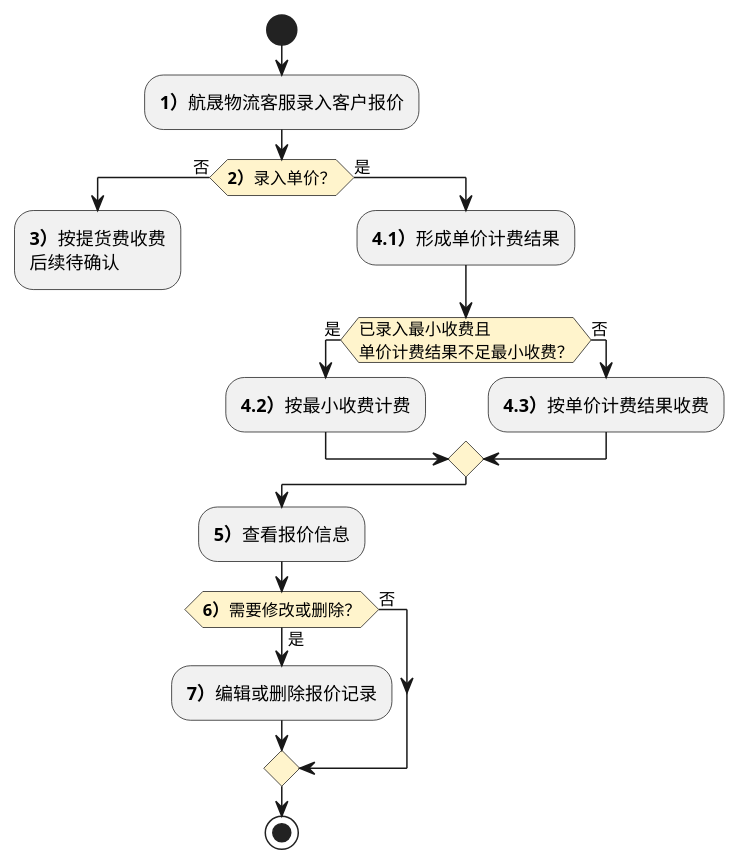
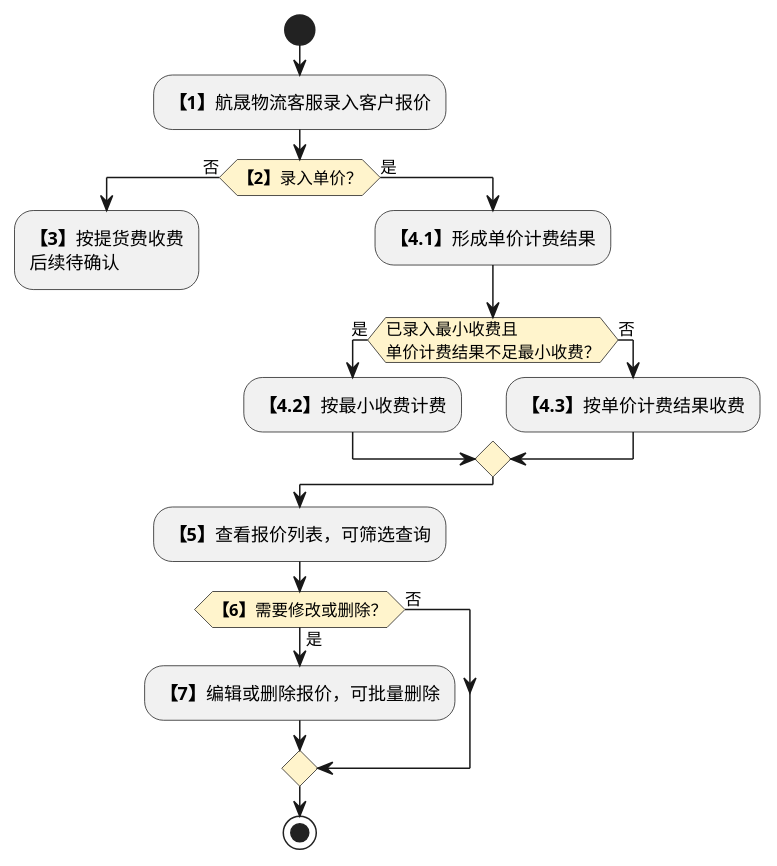
One commit to jack888332/projects-doc changed the second of 2 diagrams in product-caliber/goldjet/segmented-prd/PRD.高捷物流系统一期.第005篇.合作方报价-报价管理.92B1FD526A.md. Above: the diagram before and after it, drawn with PlantUML. The commit also changed other lines of this file and 12 other files, not shown here.

Commit message:
完善DSL图

````diff
--- a/product-caliber/goldjet/segmented-prd/PRD.高捷物流系统一期.第005篇.合作方报价-报价管理.92B1FD526A.md
+++ b/product-caliber/goldjet/segmented-prd/PRD.高捷物流系统一期.第005篇.合作方报价-报价管理.92B1FD526A.md
@@ -377,24 +382,24 @@
 ```plantuml
 @startuml goldjet-005-customer-quote-charging
 skinparam activityDiamondBackgroundColor #FFF4CC
 start
-:**1）**航晟物流客服录入客户报价;
-if (**2）**录入单价？) then (否)
-  :**3）**按提货费收费\n后续待确认;
+:**【1】**航晟物流客服录入客户报价;
+if (**【2】**录入单价？) then (否)
+  :**【3】**按提货费收费\n后续待确认;
   detach
 else (是)
-  :**4.1）**形成单价计费结果;
+  :**【4.1】**形成单价计费结果;
   if (已录入最小收费且\n单价计费结果不足最小收费？) then (是)
-    :**4.2）**按最小收费计费;
+    :**【4.2】**按最小收费计费;
   else (否)
-    :**4.3）**按单价计费结果收费;
+    :**【4.3】**按单价计费结果收费;
   endif
 endif
-:**5）**查看报价信息;
-if (**6）**需要修改或删除？) then (是)
-  :**7）**编辑或删除报价记录;
+:**【5】**查看报价列表，可筛选查询;
+if (**【6】**需要修改或删除？) then (是)
+  :**【7】**编辑或删除报价，可批量删除;
 else (否)
 endif
 stop
 @enduml
 ```
````
